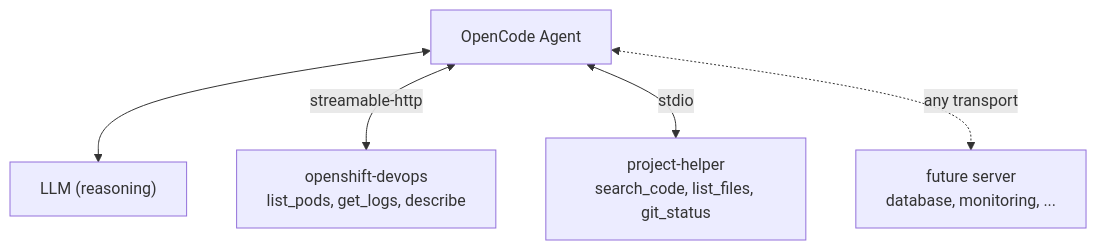
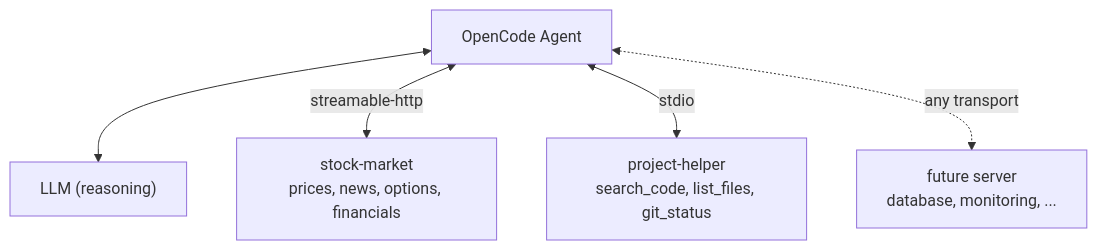
The diagram in content/modules/ROOT/pages/09-module-07-compose.adoc (rrbanda/mcp-dev-workshop), drawn with Mermaid before and after one commit. The commit also changed other lines of this file and 32 other files, not shown here.

First line of the commit message:
Replace DevOps MCP server with stock-market-mcp

```diff
--- a/content/modules/ROOT/pages/09-module-07-compose.adoc
+++ b/content/modules/ROOT/pages/09-module-07-compose.adoc
@@ -103,14 +102,14 @@
 [mermaid]
 ....
 flowchart TD
     Agent["OpenCode Agent"]
     LLM["LLM (reasoning)"]
-    S1["openshift-devops<br/>list_pods, get_logs, describe"]
+    S1["stock-market<br/>prices, news, options, financials"]
     S2["project-helper<br/>search_code, list_files, git_status"]
     S3["future server<br/>database, monitoring, ..."]
 
     Agent <--> LLM
     Agent <-->|streamable-http| S1
     Agent <-->|stdio| S2
     Agent <-.->|any transport| S3
 ....
```
